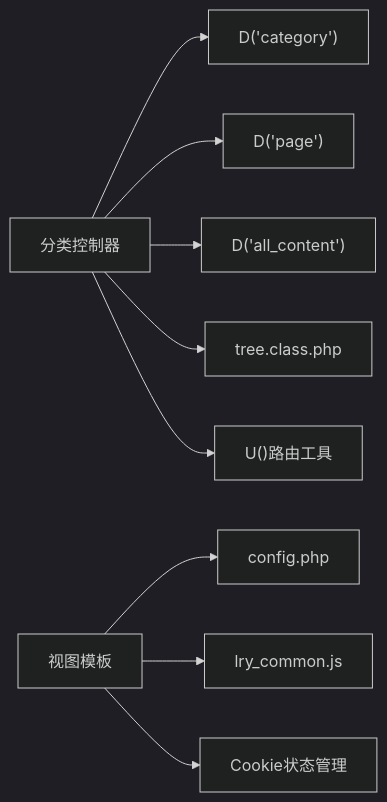
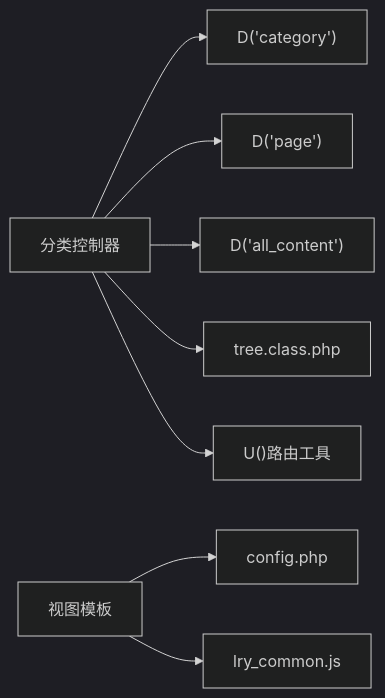
The seventh of 7 diagrams in .qoder/repowiki/zh/content/系统架构/模块化设计/后台管理模块/分类管理.md (lirongyaoper/lryblog.com), drawn with Mermaid (dark theme) before and after one commit. The commit also changed other lines of this file and 13 other files, not shown here.

````diff
--- a/.qoder/repowiki/zh/content/系统架构/模块化设计/后台管理模块/分类管理.md
+++ b/.qoder/repowiki/zh/content/系统架构/模块化设计/后台管理模块/分类管理.md
@@ -362,11 +288,10 @@
 ```mermaid
 graph LR
 C["分类控制器"] --> D1["D('category')"]
 C --> D2["D('page')"]
 C --> D3["D('all_content')"]
 C --> T["tree.class.php"]
 C --> U["U()路由工具"]
 V["视图模板"] --> CFG["config.php"]
 V --> JS["lry_common.js"]
-V --> CK["Cookie状态管理"]
 ```
````
